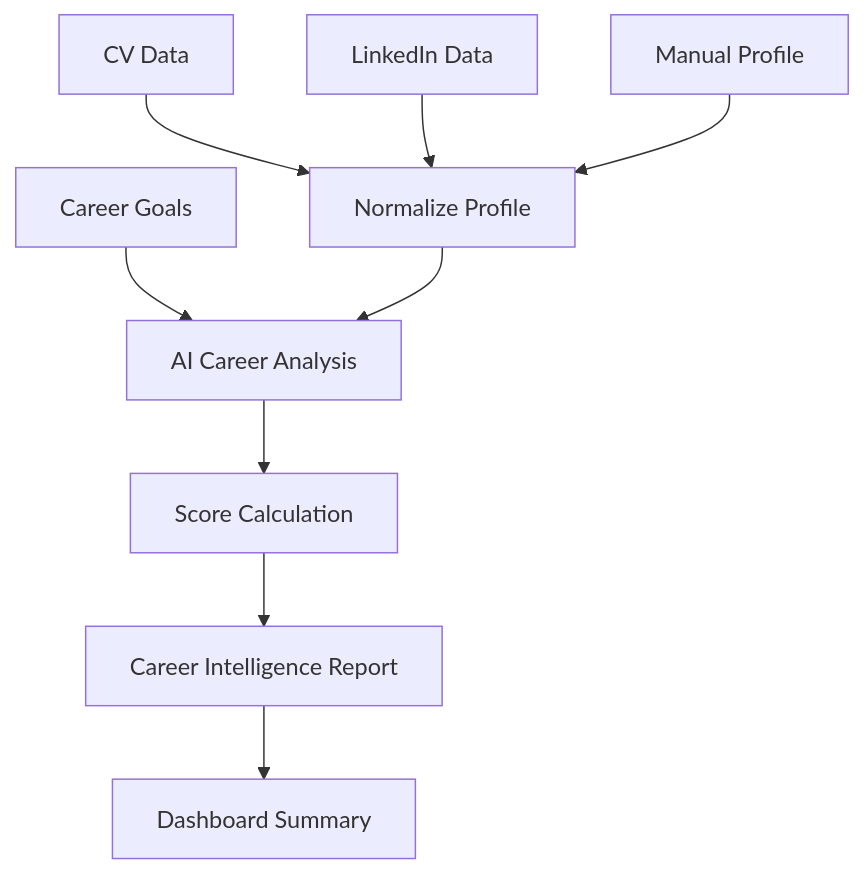
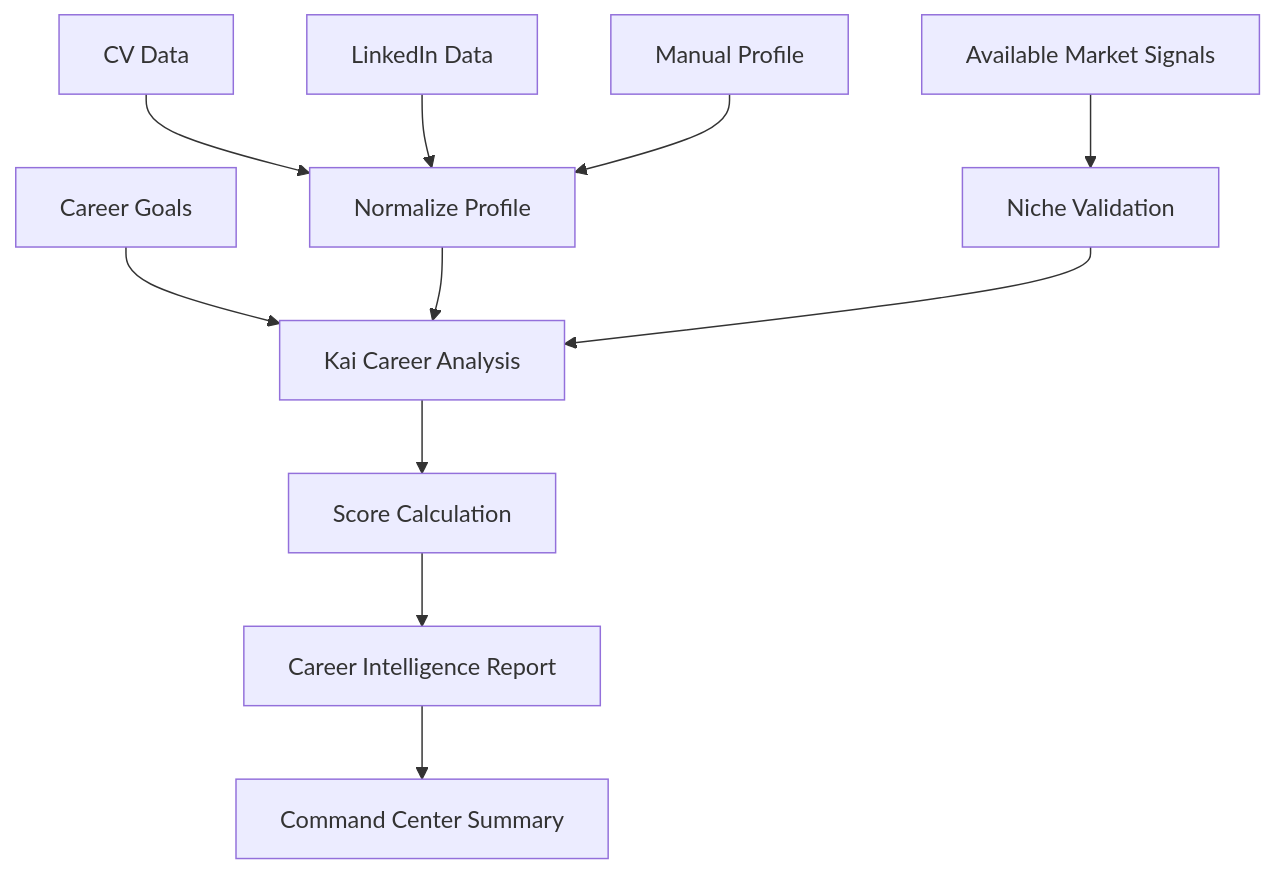
Before and after one commit to Mirzzie/Fadi: the diagram in docs/CAREER_INTELLIGENCE_REPORT_SPEC.md, drawn with Mermaid. The commit also changed other lines of this file and 65 other files, not shown here.

First line of the commit message:
docs: update architecture docs for Better Auth, Kai, and data sources

````diff
--- a/docs/CAREER_INTELLIGENCE_REPORT_SPEC.md
+++ b/docs/CAREER_INTELLIGENCE_REPORT_SPEC.md
@@ -21,11 +23,13 @@
 ```mermaid
 flowchart TD
     CV[CV Data] --> Normalize[Normalize Profile]
     LinkedIn[LinkedIn Data] --> Normalize
     Manual[Manual Profile] --> Normalize
-    Goals[Career Goals] --> Analyze[AI Career Analysis]
+    Goals[Career Goals] --> Analyze[Kai Career Analysis]
+    MarketData[Available Market Signals] --> NicheValidate[Niche Validation]
     Normalize --> Analyze
+    NicheValidate --> Analyze
     Analyze --> Scores[Score Calculation]
     Scores --> Report[Career Intelligence Report]
-    Report --> Dashboard[Dashboard Summary]
+    Report --> Dashboard[Command Center Summary]
 ```
````
